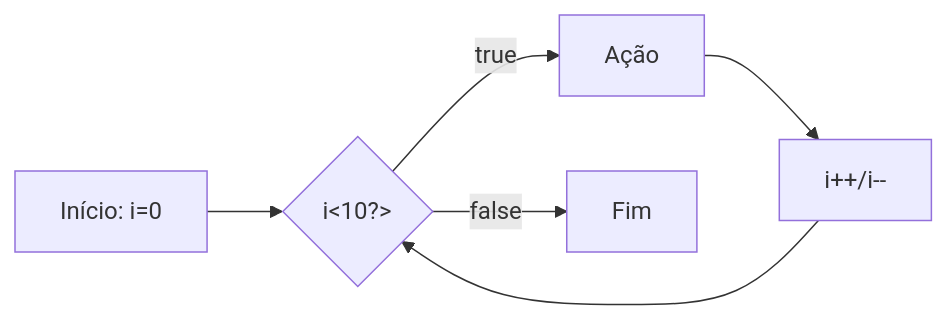
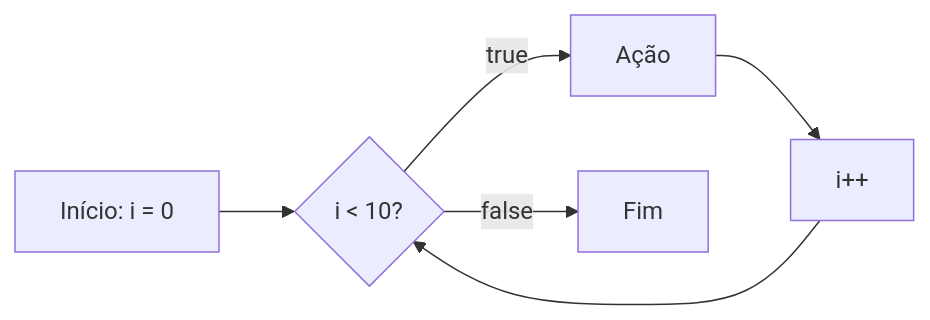
One commit to juliamenoni/Back-End changed the eighth of 28 diagrams in README.md. Above: the diagram before and after it, drawn with Mermaid. The commit also changed other lines of this file and 62 other files, not shown here.

````diff
--- a/README.md
+++ b/README.md
@@ -457,8 +477,8 @@
- ```mermaid 
- flowchart LR
-    A[Início: i=0] --> B{i<10?>}
+```mermaid
+flowchart LR
+    A[Início: i = 0] --> B{i < 10?}
     B --true--> C[Ação]
-    C --> D[i++/i--]
+    C --> D[i++]
     D --> B
     B --false--> E[Fim]
 ```
````
